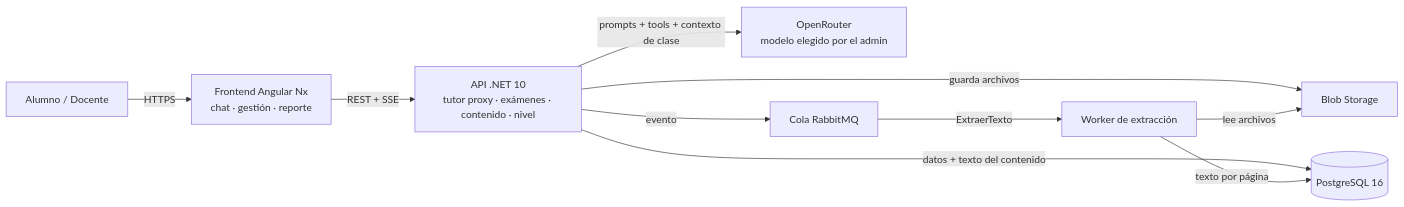
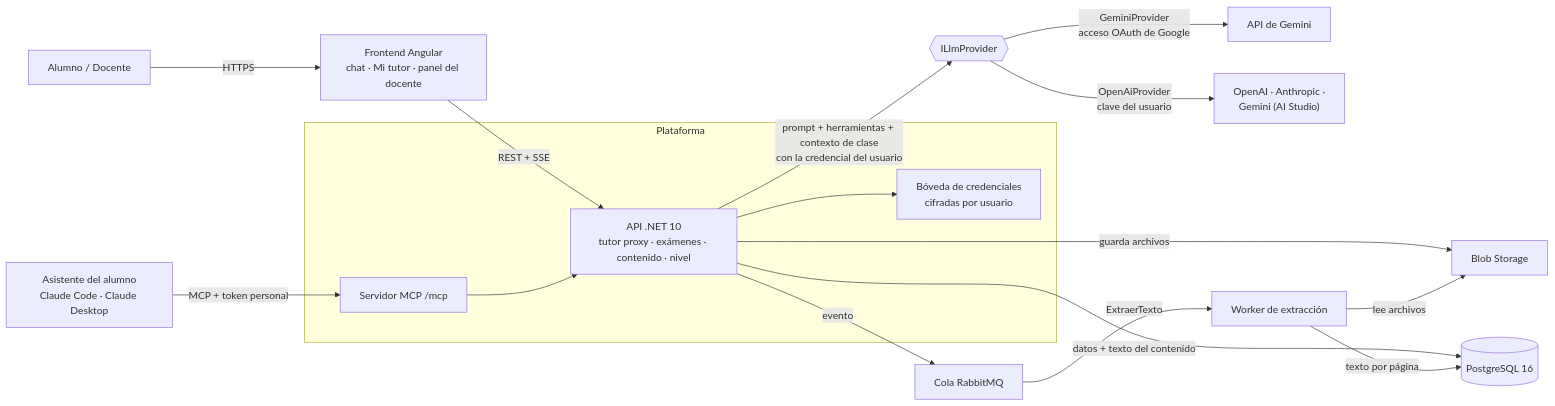
Before and after one commit to hideakiuchida/TutorPre: the diagram in specs/03-arquitectura.md, drawn with Mermaid. The commit also changed other lines of this file and 26 other files, not shown here.

First line of the commit message:
Specs sin OpenRouter, diagramas al día y guía de usuario en PDF

````diff
--- a/specs/03-arquitectura.md
+++ b/specs/03-arquitectura.md
@@ -7,12 +7,22 @@
 ```mermaid
 flowchart LR
-    U[Alumno / Docente] -- HTTPS --> F["Frontend Angular Nx<br/>chat · gestión · reporte"]
+    U[Alumno / Docente] -- HTTPS --> F["Frontend Angular<br/>chat · Mi tutor · panel del docente"]
+    AS["Asistente del alumno<br/>Claude Code · Claude Desktop"] -- "MCP + token personal" --> MCP
     F -- REST + SSE --> API["API .NET 10<br/>tutor proxy · exámenes · contenido · nivel"]
-    API -- "prompts + tools + contexto de clase" --> LLM["OpenRouter<br/>modelo elegido por el admin"]
+    subgraph Plataforma
+        API
+        MCP["Servidor MCP /mcp"]
+        BOV["Bóveda de credenciales<br/>cifradas por usuario"]
+    end
+    MCP --> API
+    API --> BOV
+    API -- "prompt + herramientas + contexto de clase<br/>con la credencial del usuario" --> ILP{{"ILlmProvider"}}
+    ILP -- "GeminiProvider<br/>acceso OAuth de Google" --> GEM["API de Gemini"]
+    ILP -- "OpenAiProvider<br/>clave del usuario" --> KEY["OpenAI · Anthropic ·<br/>Gemini (AI Studio)"]
     API -- evento --> Q[Cola RabbitMQ]
     API -- guarda archivos --> B[Blob Storage]
     API -- datos + texto del contenido --> DB[(PostgreSQL 16)]
     Q -- ExtraerTexto --> W[Worker de extracción]
     W -- lee archivos --> B
     W -- texto por página --> DB
 ```
````
